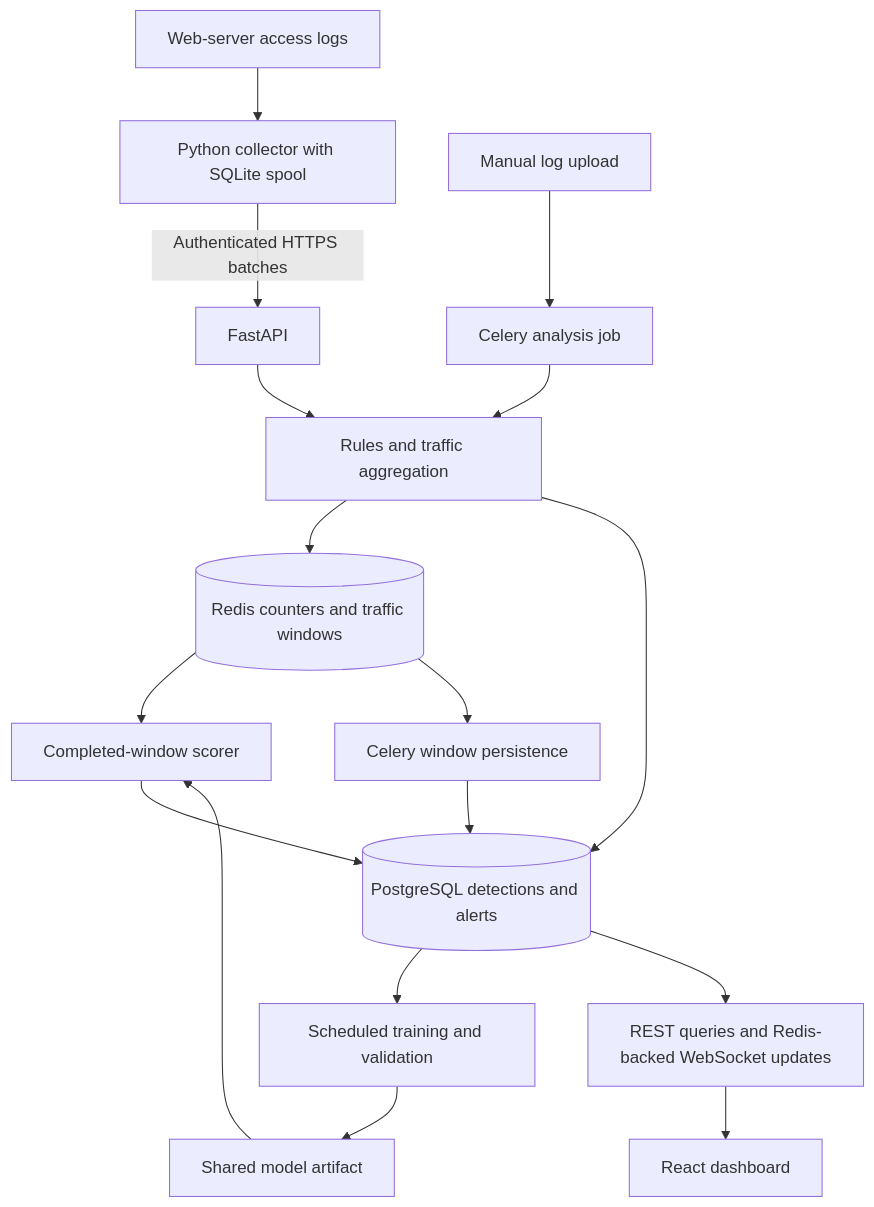
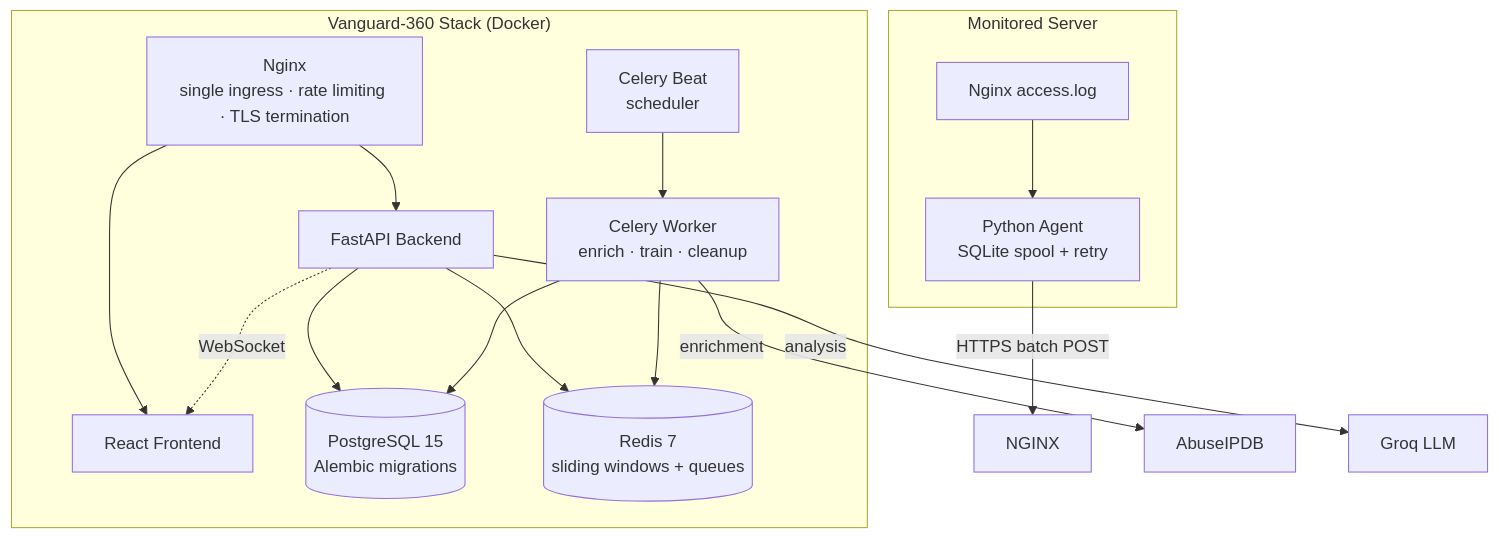
The diagram in README.md (sakawatkabir13/Real-time-cyber-attack-monitoring-and-threat-intelligence-platform), drawn with Mermaid before and after one commit. The commit also changed other lines of this file, not shown here.

Commit message:
Restore original README style with targeted cleanup

````diff
--- a/README.md
+++ b/README.md
@@ -24,19 +91,23 @@
 ```mermaid
 flowchart TD
-    Logs[Web-server access logs] --> Agent[Python collector with SQLite spool]
-    Agent -->|Authenticated HTTPS batches| API[FastAPI]
-    Upload[Manual log upload] --> Jobs[Celery analysis job]
-    Jobs --> Detection[Rules and traffic aggregation]
-    API --> Detection
-    Detection --> Redis[(Redis counters and traffic windows)]
-    Detection --> DB[(PostgreSQL detections and alerts)]
-    Redis --> Scorer[Completed-window scorer]
-    Scorer --> DB
-    Redis --> Persist[Celery window persistence]
-    Persist --> DB
-    DB --> Training[Scheduled training and validation]
-    Training --> Models[Shared model artifact]
-    Models --> Scorer
-    DB --> Updates[REST queries and Redis-backed WebSocket updates]
-    Updates --> UI[React dashboard]
+    subgraph Monitored["Monitored Server"]
+        LOG[Nginx access.log] --> AGENT[Python Agent<br/>SQLite spool + retry]
+    end
+
+    AGENT -->|HTTPS batch POST| NGINX
+
+    subgraph Vanguard["Vanguard-360 Stack (Docker)"]
+        NGINX2[Nginx<br/>single ingress · rate limiting · TLS termination]
+        NGINX2 --> FE[React Frontend]
+        NGINX2 --> API[FastAPI Backend]
+        API --> PG[(PostgreSQL 15<br/>Alembic migrations)]
+        API --> RD[(Redis 7<br/>sliding windows + queues)]
+        API -.WebSocket.-> FE
+        WORKER[Celery Worker<br/>enrich · train · cleanup] --> RD
+        WORKER --> PG
+        BEAT[Celery Beat<br/>scheduler] --> WORKER
+    end
+
+    WORKER -->|enrichment| ABUSE[AbuseIPDB]
+    API -->|analysis| GROQ[Groq LLM]
 ```
````
